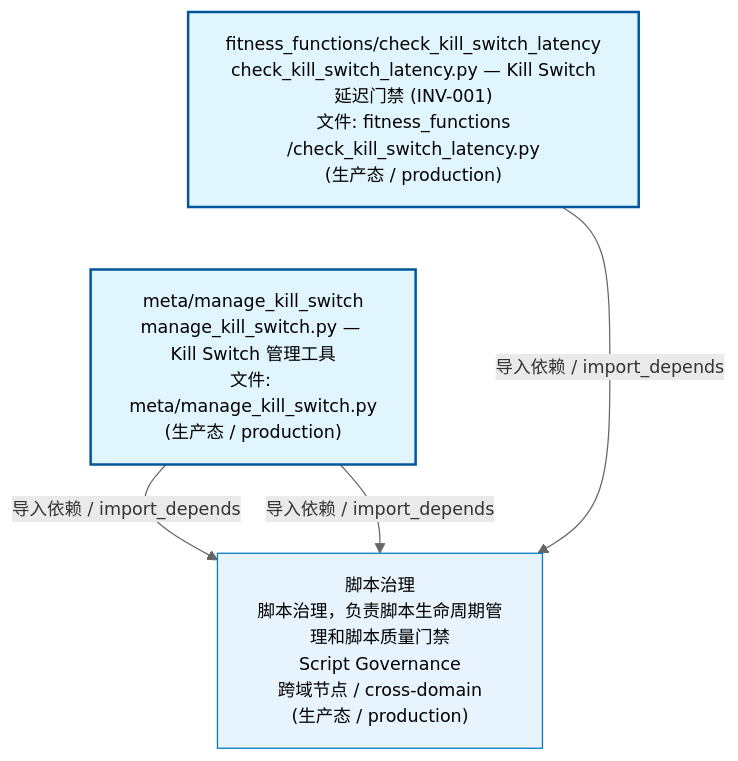
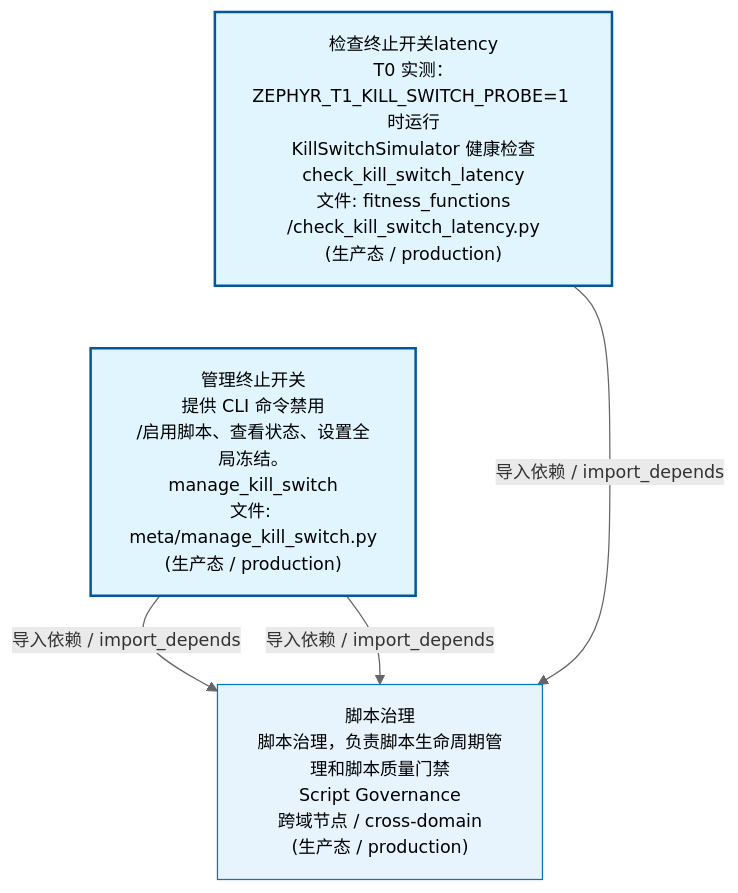
Before and after one commit to xuanFelixVan/ZephyrAlpha: the first of 3 diagrams in docs/02_enterprise_architecture/02_domain_architecture_docs/34_d_autonomy_perm.md, drawn with Mermaid. The commit also changed other lines of this file and 54 other files, not shown here.

````diff
--- a/docs/02_enterprise_architecture/02_domain_architecture_docs/34_d_autonomy_perm.md
+++ b/docs/02_enterprise_architecture/02_domain_architecture_docs/34_d_autonomy_perm.md
@@ -53,17 +53,17 @@
 ```mermaid
 %%{init: {'theme': 'base', 'themeVariables': {'primaryColor': '#eaeaea', 'primaryTextColor': '#333333', 'primaryBorderColor': '#666666', 'lineColor': '#666666', 'secondaryColor': '#eaeaea', 'tertiaryColor': '#eaeaea', 'fontSize': '14px'}}}%%
 flowchart TD
-    scripts_arch_guard_fitness_functions_check_kill_switch_latency_py["fitness_functions/check_kill_switch_latency<br/>check_kill_switch_latency.py — Kill Switch<br/>延迟门禁 (INV-001)<br/>文件: fitness_functions<br/>/check_kill_switch_latency.py<br/>(生产态 / production)"]
-    scripts_governance_meta_manage_kill_switch_py["meta/manage_kill_switch<br/>manage_kill_switch.py — Kill Switch 管理工具<br/>文件: meta/manage_kill_switch.py<br/>(生产态 / production)"]
+    scripts_arch_guard_fitness_functions_check_kill_switch_latency_py["检查终止开关latency<br/>T0 实测：ZEPHYR_T1_KILL_SWITCH_PROBE=1 时运行<br/>KillSwitchSimulator 健康检查<br/>check_kill_switch_latency<br/>文件: fitness_functions<br/>/check_kill_switch_latency.py<br/>(生产态 / production)"]
+    scripts_governance_meta_manage_kill_switch_py["管理终止开关<br/>提供 CLI 命令禁用<br/>/启用脚本、查看状态、设置全局冻结。<br/>manage_kill_switch<br/>文件: meta/manage_kill_switch.py<br/>(生产态 / production)"]
     scripts_arch_guard_fitness_functions_check_kill_switch_latency_py ~~~ scripts_governance_meta_manage_kill_switch_py
     D_GOV_SCRIPTS["脚本治理<br/>脚本治理，负责脚本生命周期管理和脚本质量门禁<br/>Script Governance<br/>跨域节点 / cross-domain<br/>(生产态 / production)"]
     scripts_governance_meta_manage_kill_switch_py -->|导入依赖 / import_depends| D_GOV_SCRIPTS
     scripts_governance_meta_manage_kill_switch_py -->|导入依赖 / import_depends| D_GOV_SCRIPTS
     scripts_arch_guard_fitness_functions_check_kill_switch_latency_py -->|导入依赖 / import_depends| D_GOV_SCRIPTS
     classDef production fill:#e1f5fe,stroke:#01579b,stroke-width:2px,color:#000
     classDef design fill:#fff3e0,stroke:#e65100,stroke-width:2px,color:#000,stroke-dasharray: 5 5
     classDef external_prod fill:#e8f4fd,stroke:#0277bd,stroke-width:1px,color:#000
     classDef external_design fill:#fff8e7,stroke:#ef6c00,stroke-width:1px,color:#000,stroke-dasharray: 5 5
     class scripts_arch_guard_fitness_functions_check_kill_switch_latency_py,scripts_governance_meta_manage_kill_switch_py production
     class D_GOV_SCRIPTS external_prod
 ```
````
